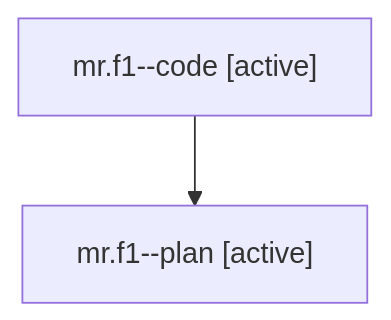
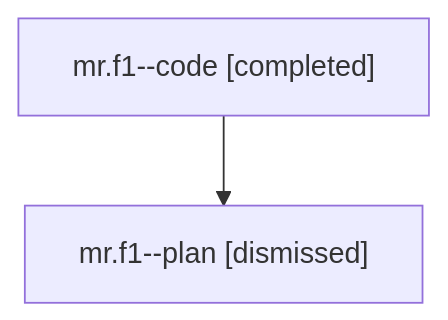
Before and after one commit to sase-org/sase--agents: the diagram in families/bbugyi200.athena.mr.f1.md, drawn with Mermaid. The commit also changed other lines of this file and 1002 other files, not shown here.

````diff
--- a/families/bbugyi200.athena.mr.f1.md
+++ b/families/bbugyi200.athena.mr.f1.md
@@ -9,6 +9,6 @@
 ```mermaid
 flowchart TD
-  n0["mr.f1--code [active]"]
-  n1["mr.f1--plan [active]"]
+  n0["mr.f1--code [completed]"]
+  n1["mr.f1--plan [dismissed]"]
   n0 --> n1
 ```
````
